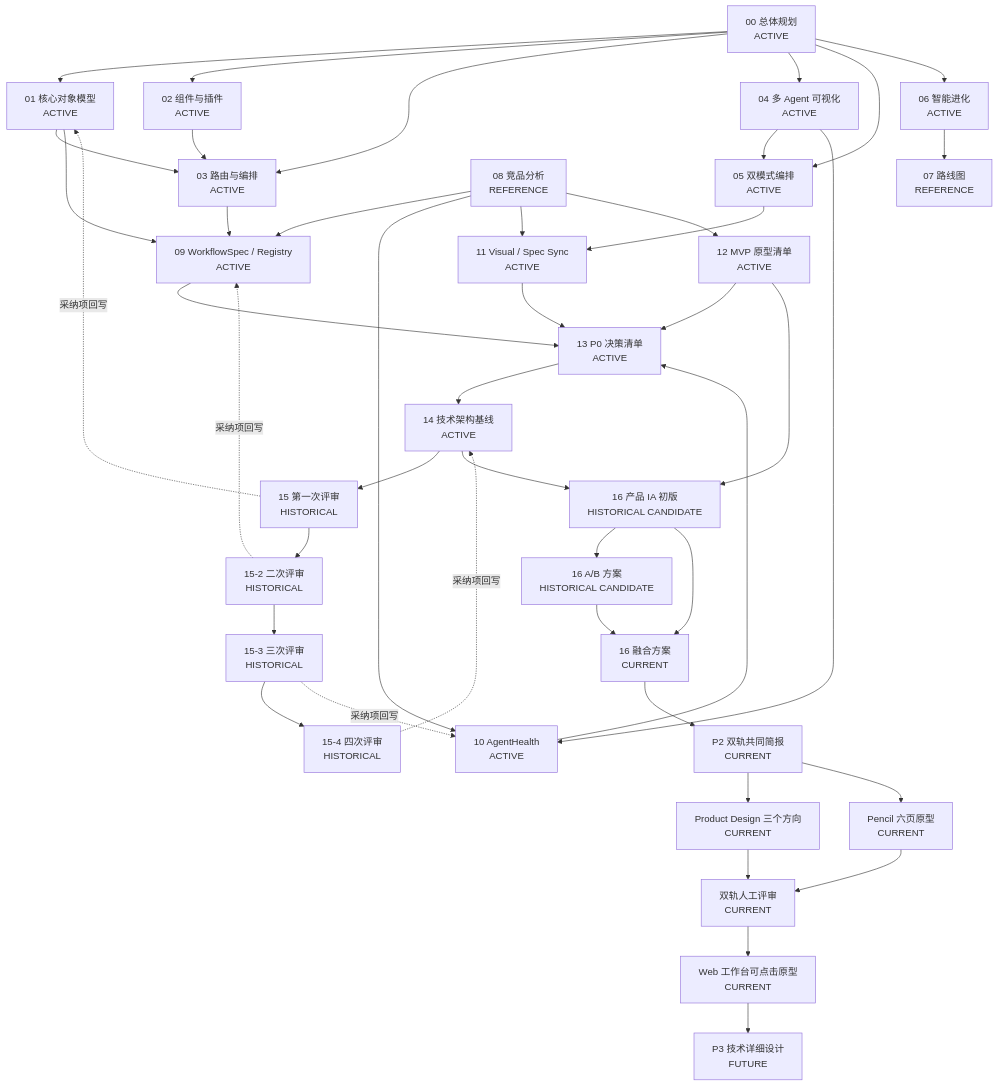
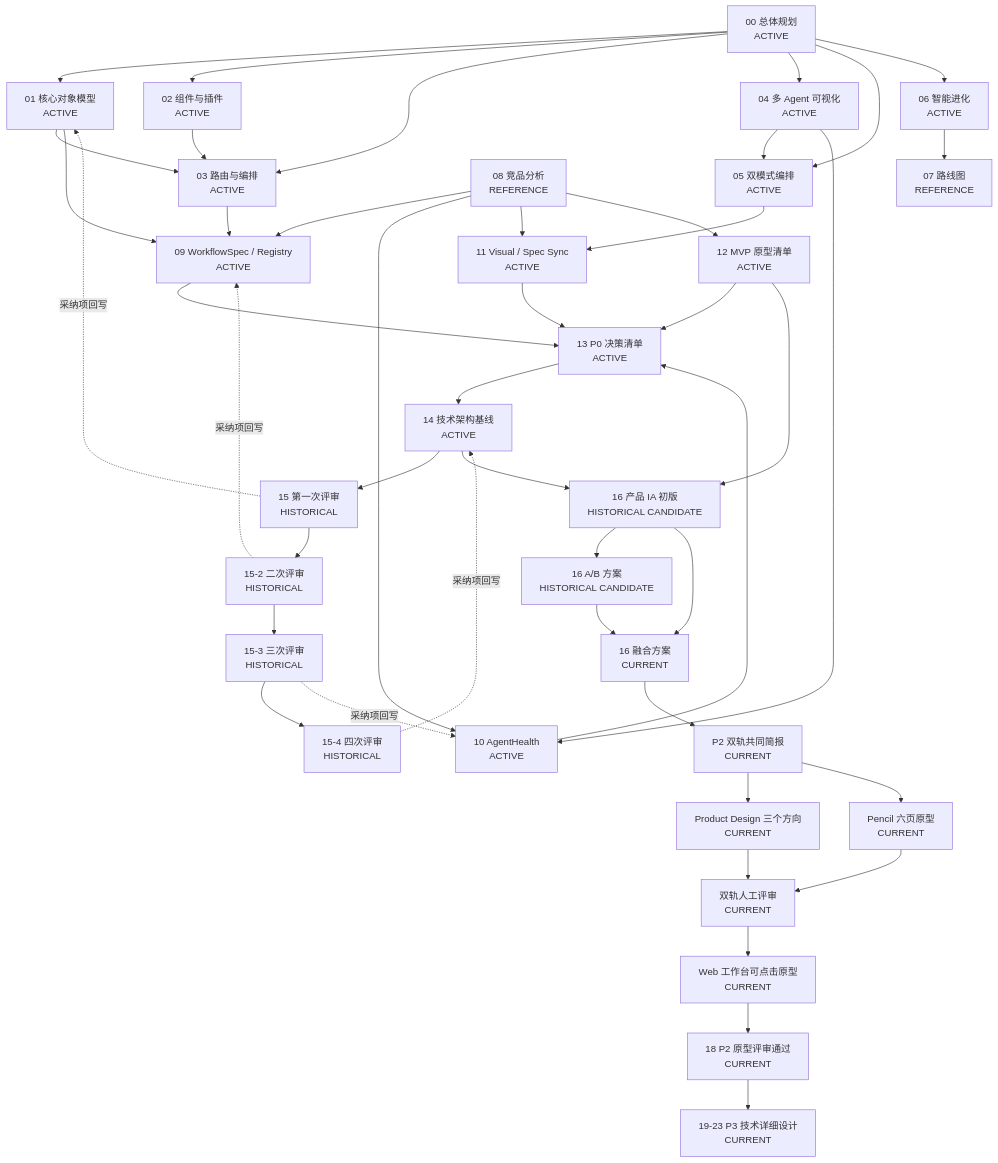
One commit to haozhangyue/miracle-agent changed the diagram in 17_文档资产关联与AI阅读导航.md. Above: the diagram before and after it, drawn with Mermaid. The commit also changed other lines of this file and 17 other files, not shown here.

````diff
--- a/17_文档资产关联与AI阅读导航.md
+++ b/17_文档资产关联与AI阅读导航.md
@@ -78,64 +78,65 @@
 ```mermaid
 flowchart TD
   P00["00 总体规划<br/>ACTIVE"]
   P01["01 核心对象模型<br/>ACTIVE"]
   P02["02 组件与插件<br/>ACTIVE"]
   P03["03 路由与编排<br/>ACTIVE"]
   P04["04 多 Agent 可视化<br/>ACTIVE"]
   P05["05 双模式编排<br/>ACTIVE"]
   P06["06 智能进化<br/>ACTIVE"]
   P07["07 路线图<br/>REFERENCE"]
 
   P00 --> P01
   P00 --> P02
   P00 --> P03
   P00 --> P04
   P00 --> P05
   P00 --> P06
   P01 --> P03
   P02 --> P03
   P04 --> P05
   P06 --> P07
 
   P08["08 竞品分析<br/>REFERENCE"]
   P08 --> P09["09 WorkflowSpec / Registry<br/>ACTIVE"]
   P08 --> P10["10 AgentHealth<br/>ACTIVE"]
   P08 --> P11["11 Visual / Spec Sync<br/>ACTIVE"]
   P08 --> P12["12 MVP 原型清单<br/>ACTIVE"]
 
   P01 --> P09
   P03 --> P09
   P04 --> P10
   P05 --> P11
 
   P09 --> P13["13 P0 决策清单<br/>ACTIVE"]
   P10 --> P13
   P11 --> P13
   P12 --> P13
 
   P13 --> P14["14 技术架构基线<br/>ACTIVE"]
 
   P14 --> R1["15 第一次评审<br/>HISTORICAL"]
   R1 --> R2["15-2 二次评审<br/>HISTORICAL"]
   R2 --> R3["15-3 三次评审<br/>HISTORICAL"]
   R3 --> R4["15-4 四次评审<br/>HISTORICAL"]
 
   R1 -.采纳项回写.-> P01
   R2 -.采纳项回写.-> P09
   R3 -.采纳项回写.-> P10
   R4 -.采纳项回写.-> P14
 
   P14 --> IA1["16 产品 IA 初版<br/>HISTORICAL CANDIDATE"]
   P12 --> IA1
   IA1 --> IAB["16 A/B 方案<br/>HISTORICAL CANDIDATE"]
   IA1 --> IAF["16 融合方案<br/>CURRENT"]
   IAB --> IAF
 
   IAF --> Brief["P2 双轨共同简报<br/>CURRENT"]
   Brief --> PD["Product Design 三个方向<br/>CURRENT"]
   Brief --> Pencil["Pencil 六页原型<br/>CURRENT"]
   PD --> Review["双轨人工评审<br/>CURRENT"]
   Pencil --> Review
   Review --> Fusion["Web 工作台可点击原型<br/>CURRENT"]
-  Fusion --> P3["P3 技术详细设计<br/>FUTURE"]
+  Fusion --> P18["18 P2 原型评审通过<br/>CURRENT"]
+  P18 --> P3["19-23 P3 技术详细设计<br/>CURRENT"]
 ```
````
